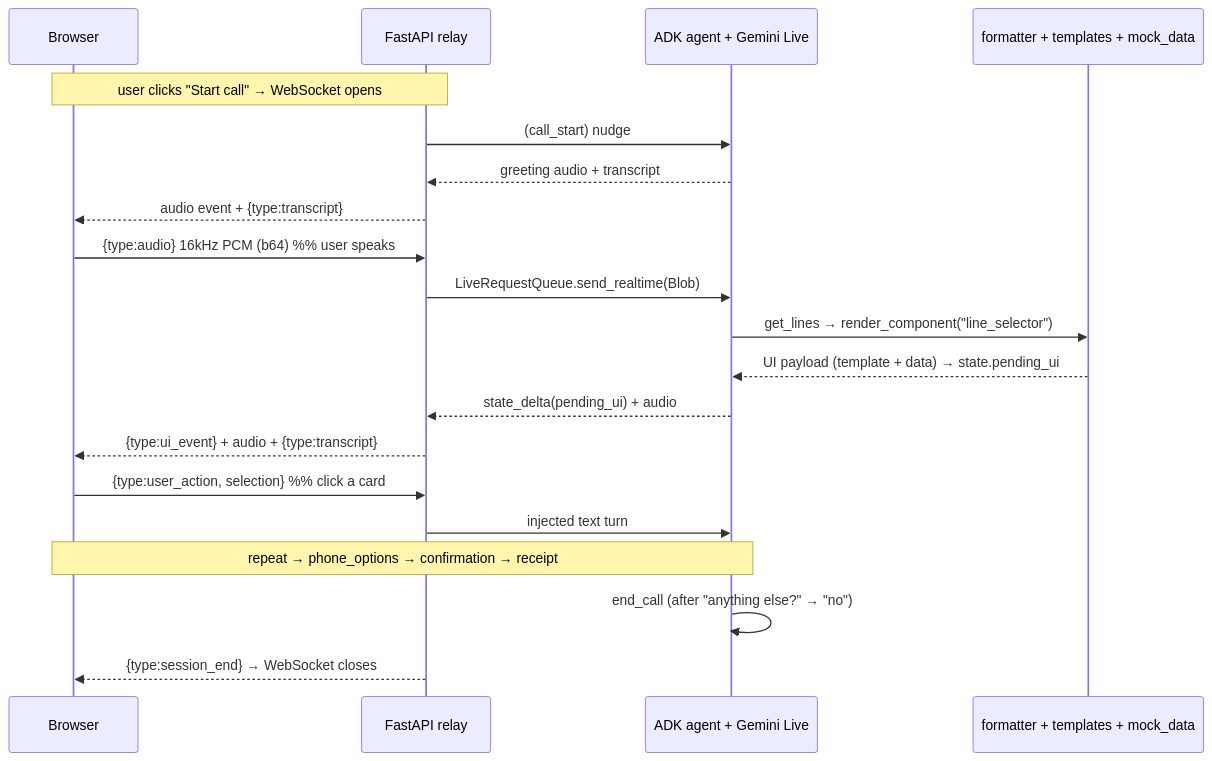
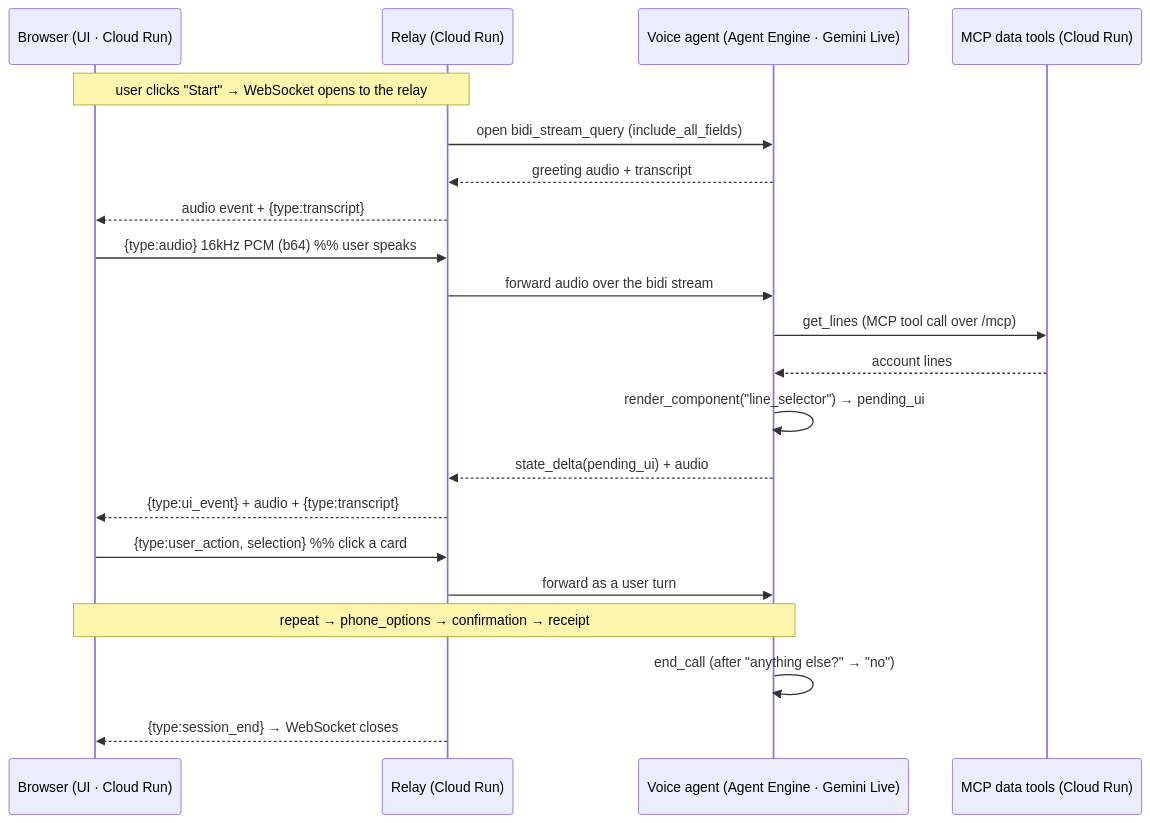
One commit to puvvula89/att-voice changed the diagram in 01-phone-upgrade/README.md. Above: the diagram before and after it, drawn with Mermaid. The commit also changed other lines of this file, not shown here.

First line of the commit message:
Redraw end-to-end diagram for the cloud architecture

````diff
--- a/01-phone-upgrade/README.md
+++ b/01-phone-upgrade/README.md
@@ -42,23 +46,24 @@
 ```mermaid
 sequenceDiagram
-    participant B as Browser
-    participant R as FastAPI relay
-    participant A as ADK agent + Gemini Live
-    participant F as formatter + templates + mock_data
+    participant B as Browser (UI · Cloud Run)
+    participant R as Relay (Cloud Run)
+    participant A as Voice agent (Agent Engine · Gemini Live)
+    participant M as MCP data tools (Cloud Run)
 
-    Note over B,R: user clicks "Start call" → WebSocket opens
-    R->>A: (call_start) nudge
+    Note over B,R: user clicks "Start" → WebSocket opens to the relay
+    R->>A: open bidi_stream_query (include_all_fields)
     A-->>R: greeting audio + transcript
     R-->>B: audio event + {type:transcript}
     B->>R: {type:audio} 16kHz PCM (b64)  %% user speaks
-    R->>A: LiveRequestQueue.send_realtime(Blob)
-    A->>F: get_lines → render_component("line_selector")
-    F-->>A: UI payload (template + data) → state.pending_ui
+    R->>A: forward audio over the bidi stream
+    A->>M: get_lines (MCP tool call over /mcp)
+    M-->>A: account lines
+    A->>A: render_component("line_selector") → pending_ui
     A-->>R: state_delta(pending_ui) + audio
     R-->>B: {type:ui_event} + audio + {type:transcript}
     B->>R: {type:user_action, selection}  %% click a card
-    R->>A: injected text turn
+    R->>A: forward as a user turn
     Note over A,B: repeat → phone_options → confirmation → receipt
     A->>A: end_call (after "anything else?" → "no")
     R-->>B: {type:session_end} → WebSocket closes
 ```
````
